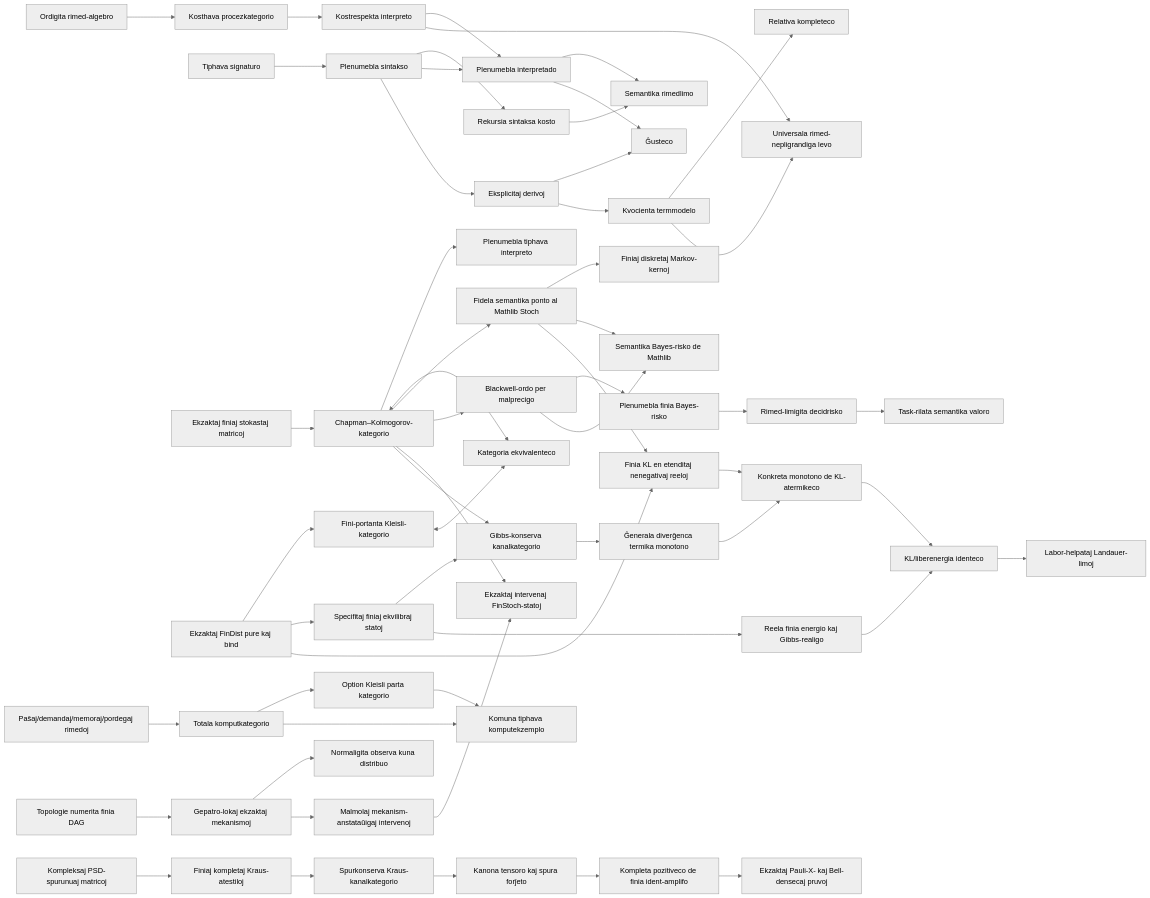
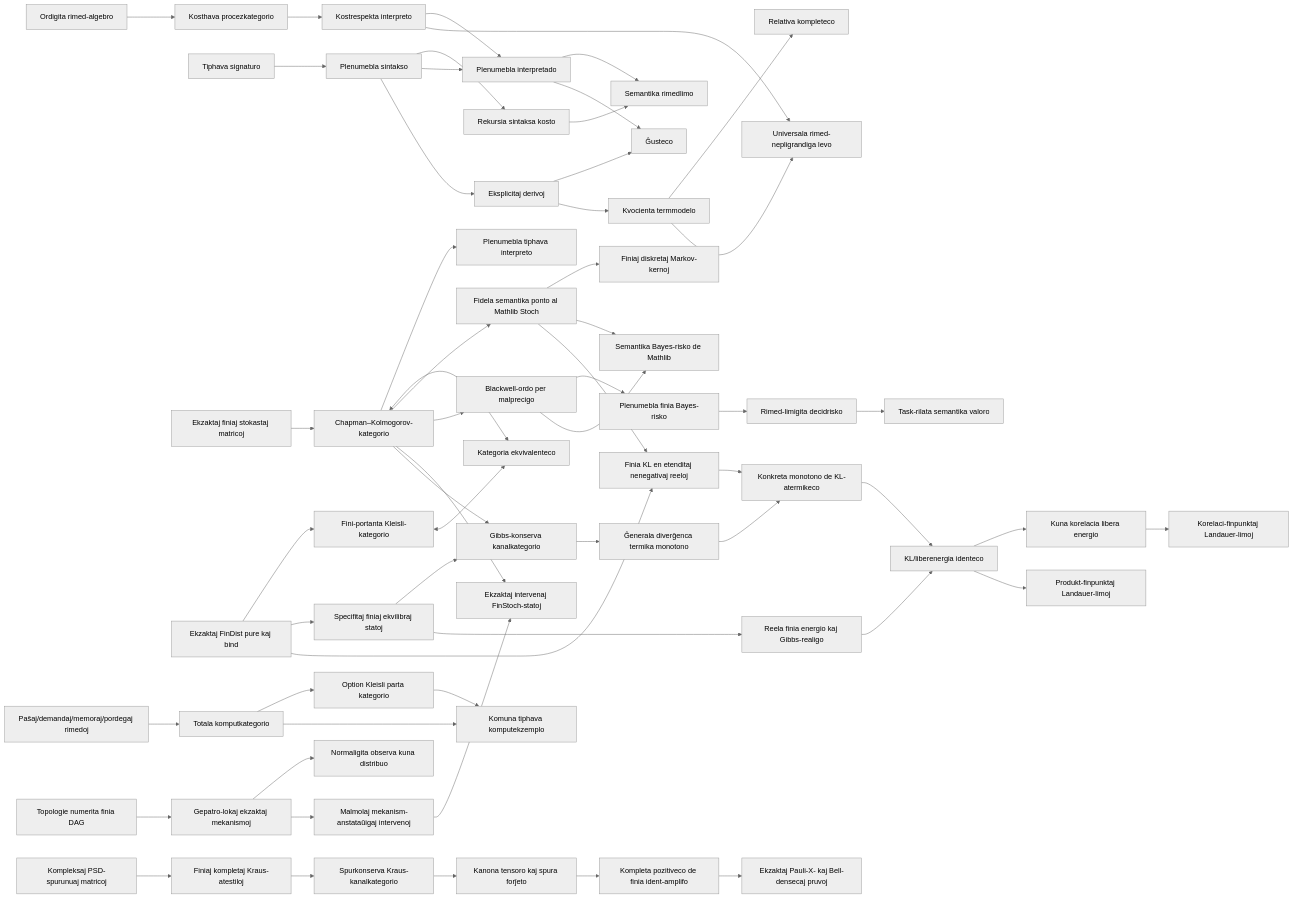
Before and after one commit to miuchan/ript: the diagram in docs/README.eo.md, drawn with Mermaid (neutral theme). The commit also changed other lines of this file and 14 other files, not shown here.

````diff
--- a/docs/README.eo.md
+++ b/docs/README.eo.md
@@ -1035,57 +1069,59 @@
 ```mermaid
 flowchart LR
   R["Ordigita rimed-algebro"] --> C["Kosthava procezkategorio"]
   S["Tiphava signaturo"] --> X["Plenumebla sintakso"]
   X --> K["Rekursia sintaksa kosto"]
   C --> I["Kostrespekta interpreto"]
   X --> E["Plenumebla interpretado"]
   I --> E
   K --> B["Semantika rimedlimo"]
   E --> B
   X --> D["Eksplicitaj derivoj"]
   D --> SO["Ĝusteco"]
   E --> SO
   D --> T["Kvocienta termmodelo"]
   T --> CO["Relativa kompleteco"]
   I --> U["Universala rimed-nepligrandiga levo"]
   T --> U
   F["Ekzaktaj finiaj stokastaj matricoj"] --> CK["Chapman–Kolmogorov-kategorio"]
   CK --> EX["Plenumebla tiphava interpreto"]
   FD["Ekzaktaj FinDist pure kaj bind"] --> KL["Fini-portanta Kleisli-kategorio"]
   CK <--> EQ["Kategoria ekvivalenteco"]
   KL <--> EQ
   CK --> ST["Fidela semantika ponto al Mathlib Stoch"]
   ST --> MT["Finiaj diskretaj Markov-kernoj"]
   CK --> BW["Blackwell-ordo per malprecigo"]
   ST --> SB["Semantika Bayes-risko de Mathlib"]
   BW --> FR["Plenumebla finia Bayes-risko"]
   FR --> RR["Rimed-limigita decidrisko"]
   RR --> SV["Task-rilata semantika valoro"]
   BW --> SB
   CR["Paŝaj/demandaj/memoraj/pordegaj rimedoj"] --> TC["Totala komputkategorio"]
   TC --> PC["Option Kleisli parta kategorio"]
   TC --> CE["Komuna tiphava komputekzemplo"]
   PC --> CE
   DAG["Topologie numerita finia DAG"] --> CM["Gepatro-lokaj ekzaktaj mekanismoj"]
   CM --> OJ["Normaligita observa kuna distribuo"]
   CM --> DO["Malmolaj mekanism-anstataŭigaj intervenoj"]
   DO --> IS["Ekzaktaj intervenaj FinStoch-statoj"]
   CK --> IS
   FD --> TE["Specifitaj finiaj ekvilibraj statoj"]
   CK --> GP["Gibbs-konserva kanalkategorio"]
   TE --> GP
   GP --> TM["Ĝenerala diverĝenca termika monotono"]
   FD --> FKL["Finia KL en etenditaj nenegativaj reeloj"]
   ST --> FKL
   FKL --> KTM["Konkreta monotono de KL-atermikeco"]
   TM --> KTM
   TE --> GD["Reela finia energio kaj Gibbs-realigo"]
   GD --> FE["KL/liberenergia identeco"]
   KTM --> FE
-  FE --> LW["Labor-helpataj Landauer-limoj"]
+  FE --> Corr["Kuna korelacia libera energio"]
+  FE --> LW["Produkt-finpunktaj Landauer-limoj"]
+  Corr --> CLW["Korelaci-finpunktaj Landauer-limoj"]
   QB["Kompleksaj PSD-spurunuaj matricoj"] --> QK["Finiaj kompletaj Kraus-atestiloj"]
   QK --> QC["Spurkonserva Kraus-kanalkategorio"]
   QC --> QT["Kanona tensoro kaj spura forĵeto"]
   QT --> QP["Kompleta pozitiveco de finia ident-amplifo"]
   QP --> QX["Ekzaktaj Pauli-X- kaj Bell-densecaj pruvoj"]
 ```
````
